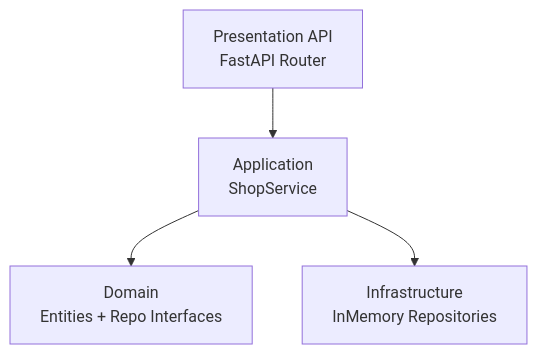
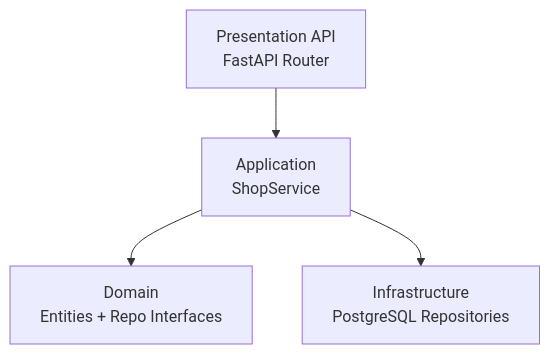
One commit to gnm3000/react-bdd-cucumber changed the second of 5 diagrams in README.md. Above: the diagram before and after it, drawn with Mermaid. The commit also changed other lines of this file and 8 other files, not shown here.

Commit message:
Add Docker Compose PostgreSQL stack

````diff
--- a/README.md
+++ b/README.md
@@ -57,6 +57,6 @@
 ```mermaid
 flowchart TD
   API[Presentation API<br/>FastAPI Router] --> SVC[Application<br/>ShopService]
   SVC --> DOM[Domain<br/>Entities + Repo Interfaces]
-  SVC --> INFRA[Infrastructure<br/>InMemory Repositories]
+  SVC --> INFRA[Infrastructure<br/>PostgreSQL Repositories]
 ```
````
